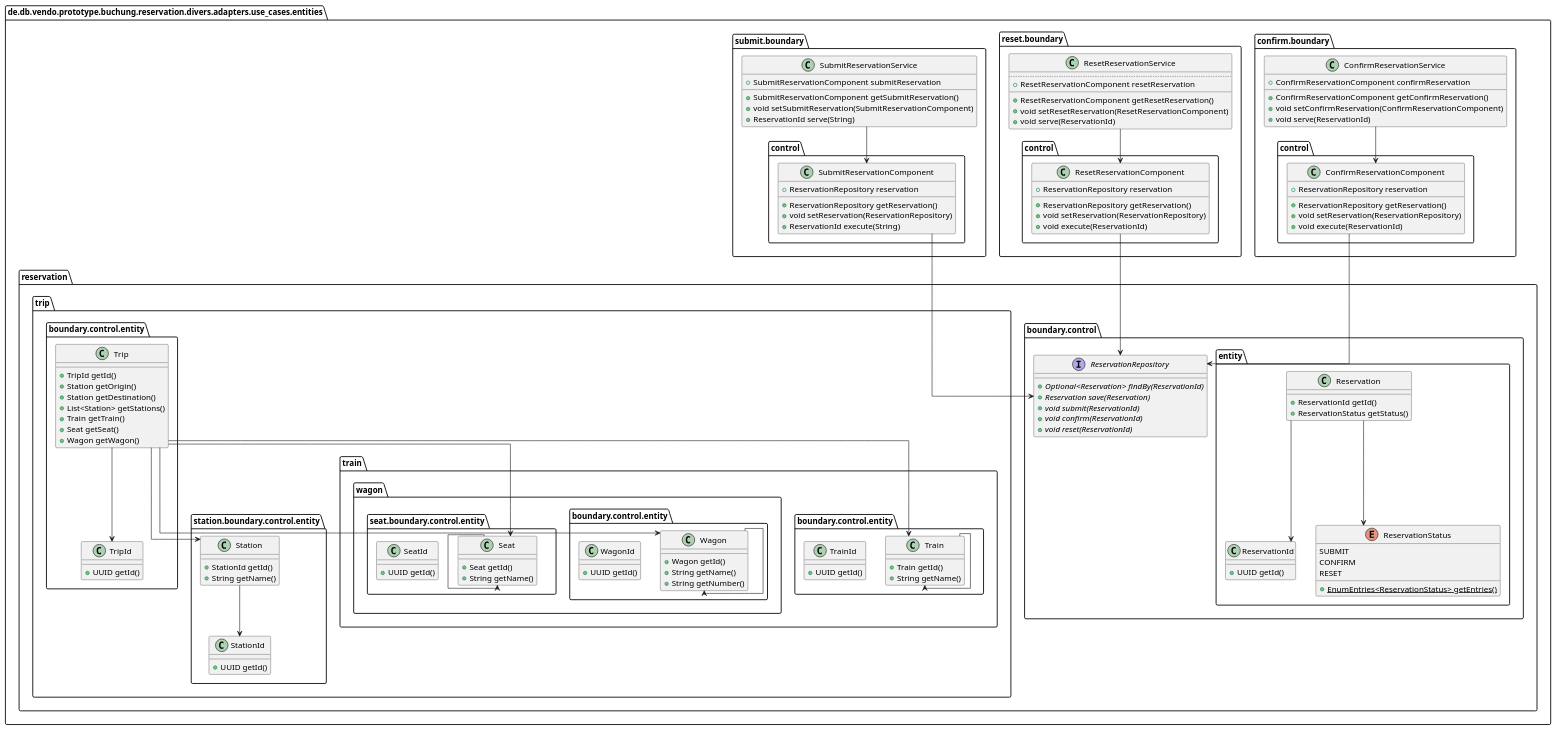
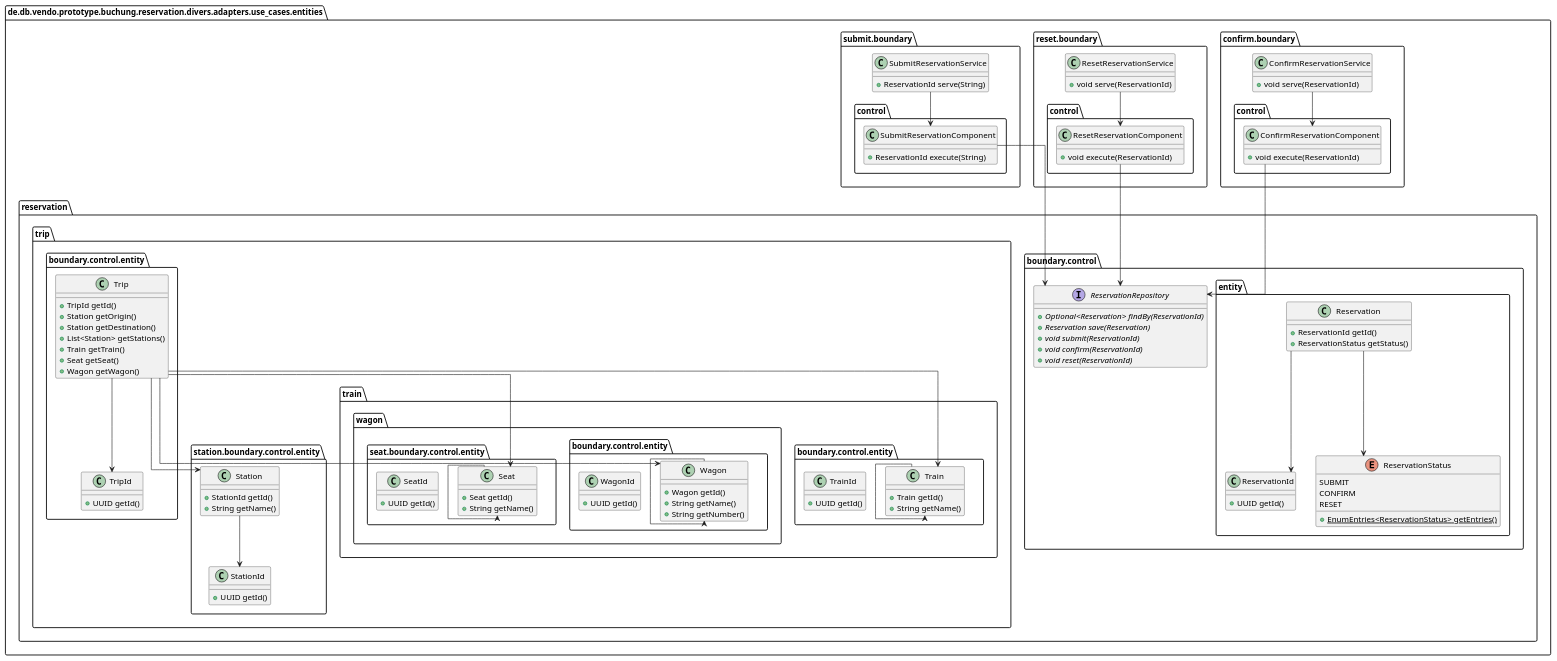
Before and after one commit to punkratz312/reservation-proto: the diagram in doc/uml/puml/entities.puml, drawn with PlantUML. The commit also changed 13 other files, not shown here.

```diff
--- a/doc/uml/puml/entities.puml
+++ b/doc/uml/puml/entities.puml
@@ -1,128 +1,103 @@
 @startuml
 !pragma useIntermediatePackages false
 skinparam linetype ortho
 show stereotype
 
 class "ConfirmReservationService" as de.db.vendo.prototype.buchung.reservation.divers.adapters.use_cases.entities.confirm.boundary.ConfirmReservationService {
-  +ConfirmReservationComponent confirmReservation
-  __
-  +ConfirmReservationComponent getConfirmReservation()
-  +void setConfirmReservation(ConfirmReservationComponent)
   +void serve(ReservationId)
 }
 class "ConfirmReservationComponent" as de.db.vendo.prototype.buchung.reservation.divers.adapters.use_cases.entities.confirm.boundary.control.ConfirmReservationComponent {
-  +ReservationRepository reservation
-  __
-  +ReservationRepository getReservation()
-  +void setReservation(ReservationRepository)
   +void execute(ReservationId)
 }
 interface "ReservationRepository" as de.db.vendo.prototype.buchung.reservation.divers.adapters.use_cases.entities.reservation.boundary.control.ReservationRepository {
   + {abstract}Optional<Reservation> findBy(ReservationId)
   + {abstract}Reservation save(Reservation)
   + {abstract}void submit(ReservationId)
   + {abstract}void confirm(ReservationId)
   + {abstract}void reset(ReservationId)
 }
 class "Reservation" as de.db.vendo.prototype.buchung.reservation.divers.adapters.use_cases.entities.reservation.boundary.control.entity.Reservation {
   +ReservationId getId()
   +ReservationStatus getStatus()
 }
 class "ReservationId" as de.db.vendo.prototype.buchung.reservation.divers.adapters.use_cases.entities.reservation.boundary.control.entity.ReservationId {
   +UUID getId()
 }
 enum "ReservationStatus" as de.db.vendo.prototype.buchung.reservation.divers.adapters.use_cases.entities.reservation.boundary.control.entity.ReservationStatus {
   SUBMIT
   CONFIRM
   RESET
   __
   + {static}EnumEntries<ReservationStatus> getEntries()
 }
 class "Trip" as de.db.vendo.prototype.buchung.reservation.divers.adapters.use_cases.entities.reservation.trip.boundary.control.entity.Trip {
   +TripId getId()
   +Station getOrigin()
   +Station getDestination()
   +List<Station> getStations()
   +Train getTrain()
   +Seat getSeat()
   +Wagon getWagon()
 }
 class "TripId" as de.db.vendo.prototype.buchung.reservation.divers.adapters.use_cases.entities.reservation.trip.boundary.control.entity.TripId {
   +UUID getId()
 }
 class "Station" as de.db.vendo.prototype.buchung.reservation.divers.adapters.use_cases.entities.reservation.trip.station.boundary.control.entity.Station {
   +StationId getId()
   +String getName()
 }
 class "StationId" as de.db.vendo.prototype.buchung.reservation.divers.adapters.use_cases.entities.reservation.trip.station.boundary.control.entity.StationId {
   +UUID getId()
 }
 class "Train" as de.db.vendo.prototype.buchung.reservation.divers.adapters.use_cases.entities.reservation.trip.train.boundary.control.entity.Train {
   +Train getId()
   +String getName()
 }
 class "TrainId" as de.db.vendo.prototype.buchung.reservation.divers.adapters.use_cases.entities.reservation.trip.train.boundary.control.entity.TrainId {
   +UUID getId()
 }
 class "Wagon" as de.db.vendo.prototype.buchung.reservation.divers.adapters.use_cases.entities.reservation.trip.train.wagon.boundary.control.entity.Wagon {
   +Wagon getId()
   +String getName()
   +String getNumber()
 }
 class "WagonId" as de.db.vendo.prototype.buchung.reservation.divers.adapters.use_cases.entities.reservation.trip.train.wagon.boundary.control.entity.WagonId {
   +UUID getId()
 }
 class "Seat" as de.db.vendo.prototype.buchung.reservation.divers.adapters.use_cases.entities.reservation.trip.train.wagon.seat.boundary.control.entity.Seat {
   +Seat getId()
   +String getName()
 }
 class "SeatId" as de.db.vendo.prototype.buchung.reservation.divers.adapters.use_cases.entities.reservation.trip.train.wagon.seat.boundary.control.entity.SeatId {
   +UUID getId()
 }
 class "ResetReservationService" as de.db.vendo.prototype.buchung.reservation.divers.adapters.use_cases.entities.reset.boundary.ResetReservationService {
-  ..
-  +ResetReservationComponent resetReservation
-  __
-  +ResetReservationComponent getResetReservation()
-  +void setResetReservation(ResetReservationComponent)
   +void serve(ReservationId)
 }
 class "ResetReservationComponent" as de.db.vendo.prototype.buchung.reservation.divers.adapters.use_cases.entities.reset.boundary.control.ResetReservationComponent {
-  +ReservationRepository reservation
-  __
-  +ReservationRepository getReservation()
-  +void setReservation(ReservationRepository)
   +void execute(ReservationId)
 }
 class "SubmitReservationService" as de.db.vendo.prototype.buchung.reservation.divers.adapters.use_cases.entities.submit.boundary.SubmitReservationService {
-  +SubmitReservationComponent submitReservation
-  __
-  +SubmitReservationComponent getSubmitReservation()
-  +void setSubmitReservation(SubmitReservationComponent)
   +ReservationId serve(String)
 }
 class "SubmitReservationComponent" as de.db.vendo.prototype.buchung.reservation.divers.adapters.use_cases.entities.submit.boundary.control.SubmitReservationComponent {
-  +ReservationRepository reservation
-  __
-  +ReservationRepository getReservation()
-  +void setReservation(ReservationRepository)
   +ReservationId execute(String)
 }
 de.db.vendo.prototype.buchung.reservation.divers.adapters.use_cases.entities.confirm.boundary.ConfirmReservationService --> de.db.vendo.prototype.buchung.reservation.divers.adapters.use_cases.entities.confirm.boundary.control.ConfirmReservationComponent
 de.db.vendo.prototype.buchung.reservation.divers.adapters.use_cases.entities.confirm.boundary.control.ConfirmReservationComponent --> de.db.vendo.prototype.buchung.reservation.divers.adapters.use_cases.entities.reservation.boundary.control.ReservationRepository
 de.db.vendo.prototype.buchung.reservation.divers.adapters.use_cases.entities.reservation.boundary.control.entity.Reservation --> de.db.vendo.prototype.buchung.reservation.divers.adapters.use_cases.entities.reservation.boundary.control.entity.ReservationId
 de.db.vendo.prototype.buchung.reservation.divers.adapters.use_cases.entities.reservation.boundary.control.entity.Reservation --> de.db.vendo.prototype.buchung.reservation.divers.adapters.use_cases.entities.reservation.boundary.control.entity.ReservationStatus
 de.db.vendo.prototype.buchung.reservation.divers.adapters.use_cases.entities.reservation.trip.boundary.control.entity.Trip --> de.db.vendo.prototype.buchung.reservation.divers.adapters.use_cases.entities.reservation.trip.boundary.control.entity.TripId
 de.db.vendo.prototype.buchung.reservation.divers.adapters.use_cases.entities.reservation.trip.boundary.control.entity.Trip --> de.db.vendo.prototype.buchung.reservation.divers.adapters.use_cases.entities.reservation.trip.station.boundary.control.entity.Station
 de.db.vendo.prototype.buchung.reservation.divers.adapters.use_cases.entities.reservation.trip.boundary.control.entity.Trip --> de.db.vendo.prototype.buchung.reservation.divers.adapters.use_cases.entities.reservation.trip.train.wagon.seat.boundary.control.entity.Seat
 de.db.vendo.prototype.buchung.reservation.divers.adapters.use_cases.entities.reservation.trip.boundary.control.entity.Trip --> de.db.vendo.prototype.buchung.reservation.divers.adapters.use_cases.entities.reservation.trip.train.boundary.control.entity.Train
 de.db.vendo.prototype.buchung.reservation.divers.adapters.use_cases.entities.reservation.trip.boundary.control.entity.Trip --> de.db.vendo.prototype.buchung.reservation.divers.adapters.use_cases.entities.reservation.trip.train.wagon.boundary.control.entity.Wagon
 de.db.vendo.prototype.buchung.reservation.divers.adapters.use_cases.entities.reservation.trip.station.boundary.control.entity.Station --> de.db.vendo.prototype.buchung.reservation.divers.adapters.use_cases.entities.reservation.trip.station.boundary.control.entity.StationId
 de.db.vendo.prototype.buchung.reservation.divers.adapters.use_cases.entities.reservation.trip.train.boundary.control.entity.Train --> de.db.vendo.prototype.buchung.reservation.divers.adapters.use_cases.entities.reservation.trip.train.boundary.control.entity.Train
 de.db.vendo.prototype.buchung.reservation.divers.adapters.use_cases.entities.reservation.trip.train.wagon.boundary.control.entity.Wagon --> de.db.vendo.prototype.buchung.reservation.divers.adapters.use_cases.entities.reservation.trip.train.wagon.boundary.control.entity.Wagon
 de.db.vendo.prototype.buchung.reservation.divers.adapters.use_cases.entities.reservation.trip.train.wagon.seat.boundary.control.entity.Seat --> de.db.vendo.prototype.buchung.reservation.divers.adapters.use_cases.entities.reservation.trip.train.wagon.seat.boundary.control.entity.Seat
 de.db.vendo.prototype.buchung.reservation.divers.adapters.use_cases.entities.reset.boundary.ResetReservationService --> de.db.vendo.prototype.buchung.reservation.divers.adapters.use_cases.entities.reset.boundary.control.ResetReservationComponent
 de.db.vendo.prototype.buchung.reservation.divers.adapters.use_cases.entities.reset.boundary.control.ResetReservationComponent --> de.db.vendo.prototype.buchung.reservation.divers.adapters.use_cases.entities.reservation.boundary.control.ReservationRepository
 de.db.vendo.prototype.buchung.reservation.divers.adapters.use_cases.entities.submit.boundary.SubmitReservationService --> de.db.vendo.prototype.buchung.reservation.divers.adapters.use_cases.entities.submit.boundary.control.SubmitReservationComponent
 de.db.vendo.prototype.buchung.reservation.divers.adapters.use_cases.entities.submit.boundary.control.SubmitReservationComponent --> de.db.vendo.prototype.buchung.reservation.divers.adapters.use_cases.entities.reservation.boundary.control.ReservationRepository
 @enduml
```
